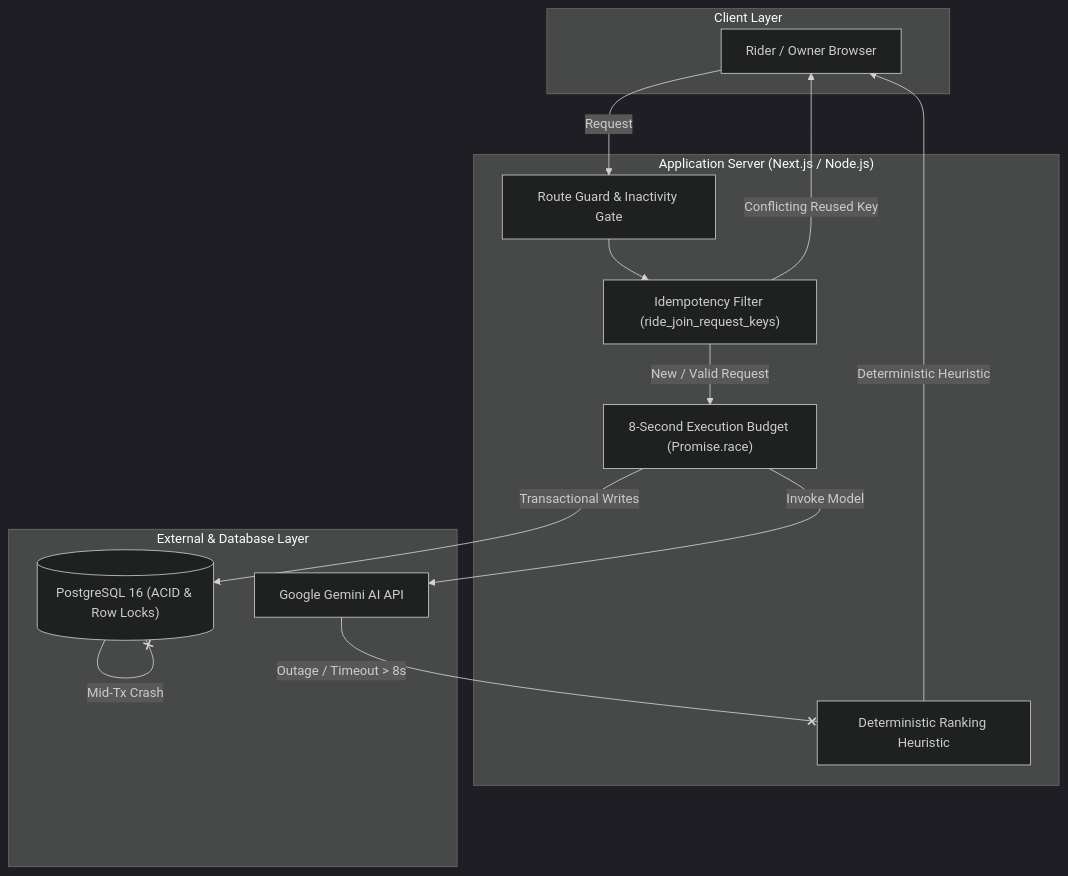
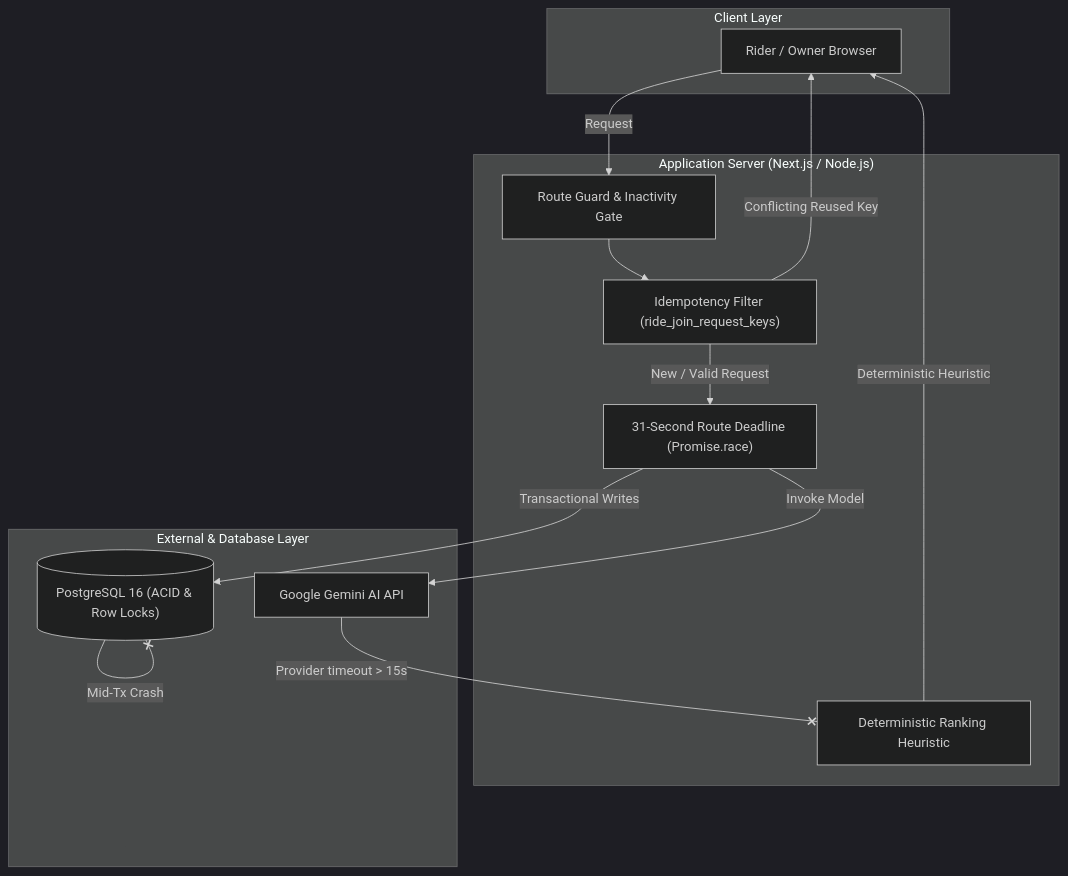
The first of 4 diagrams in Deliverables/D3/failure-and-recovery-test-report.md (CS455-Carpooling/Campus_Ridepooling_Automation), drawn with Mermaid (dark theme) before and after one commit. The commit also changed other lines of this file and 3 other files, not shown here.

````diff
--- a/Deliverables/D3/failure-and-recovery-test-report.md
+++ b/Deliverables/D3/failure-and-recovery-test-report.md
@@ -24,28 +24,28 @@
 ```mermaid
 flowchart TD
     subgraph Client ["Client Layer"]
         Browser["Rider / Owner Browser"]
     end
 
     subgraph Edge ["Application Server (Next.js / Node.js)"]
         Guard["Route Guard & Inactivity Gate"]
         Idemp["Idempotency Filter (ride_join_request_keys)"]
-        TimeBudget["8-Second Execution Budget (Promise.race)"]
+        TimeBudget["31-Second Route Deadline (Promise.race)"]
         Fallback["Deterministic Ranking Heuristic"]
     end
 
     subgraph Services ["External & Database Layer"]
         Postgres[("PostgreSQL 16 (ACID & Row Locks)")]
         Gemini["Google Gemini AI API"]
     end
 
     Browser -->|Request| Guard
     Guard --> Idemp
     Idemp -->|New / Valid Request| TimeBudget
     Idemp -->|Conflicting Reused Key| Browser
     TimeBudget -->|Invoke Model| Gemini
-    Gemini --x|Outage / Timeout > 8s| Fallback
+    Gemini --x|Provider timeout > 15s| Fallback
     Fallback -->|Deterministic Heuristic| Browser
     TimeBudget -->|Transactional Writes| Postgres
     Postgres --x|Mid-Tx Crash| Postgres
 ```
````
